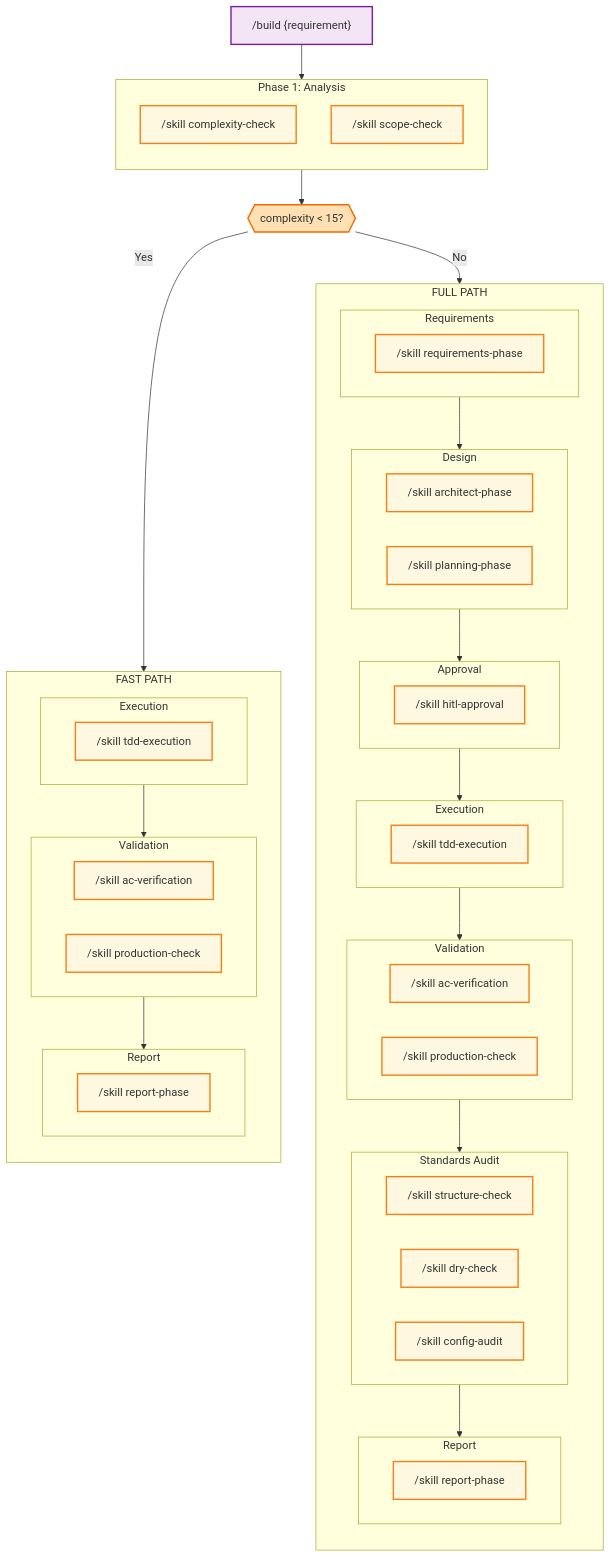
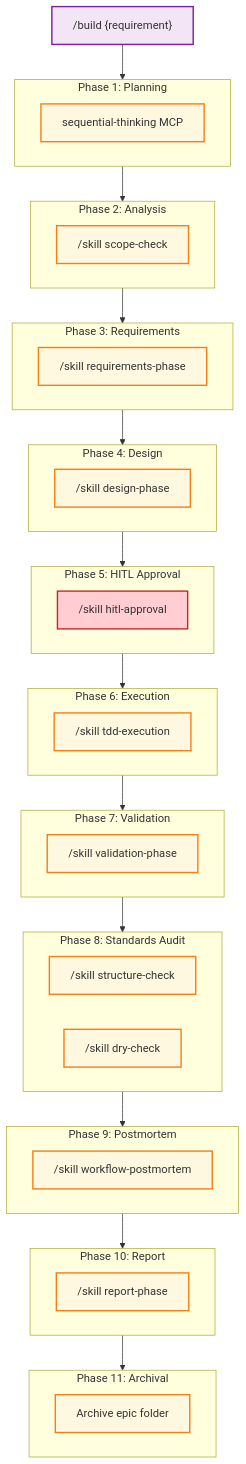
The first of 9 diagrams in docs/architecture/build-command-target-state.md (metasaver/metasaver-marketplace), drawn with Mermaid before and after one commit. The commit also changed other lines of this file and 21 other files, not shown here.

First line of the commit message:
feat: Refactor user story and execution plan structure

````diff
--- a/docs/architecture/build-command-target-state.md
+++ b/docs/architecture/build-command-target-state.md
@@ -13,66 +13,56 @@
 ```mermaid
 flowchart TB
     classDef phase fill:#bbdefb,stroke:#1565c0,stroke-width:2px
     classDef skill fill:#fff8e1,stroke:#f57f17,stroke-width:2px
     classDef entry fill:#f3e5f5,stroke:#7b1fa2,stroke-width:2px
-    classDef decision fill:#ffe0b2,stroke:#ef6c00,stroke-width:2px
+    classDef hitl fill:#ffcdd2,stroke:#c62828,stroke-width:2px
 
     ENTRY["/build {requirement}"]:::entry
 
-    subgraph P1["Phase 1: Analysis"]
-        direction TB
-        CC["/skill complexity-check"]:::skill
+    subgraph P1["Phase 1: Planning"]
+        SEQ["sequential-thinking MCP"]:::skill
+    end
+
+    subgraph P2["Phase 2: Analysis"]
         SC["/skill scope-check"]:::skill
     end
 
-    DECIDE{{"complexity < 15?"}}:::decision
-
-    subgraph FAST["FAST PATH"]
-        direction TB
-        subgraph P5F["Execution"]
-            TDDF["/skill tdd-execution"]:::skill
-        end
-        subgraph P6F["Validation"]
-            ACVF["/skill ac-verification"]:::skill
-            PRDF["/skill production-check"]:::skill
-        end
-        subgraph P8F["Report"]
-            RPTF["/skill report-phase"]:::skill
-        end
-        P5F --> P6F --> P8F
+    subgraph P3["Phase 3: Requirements"]
+        REQ["/skill requirements-phase"]:::skill
     end
 
-    subgraph FULL["FULL PATH"]
-        direction TB
-        subgraph P2["Requirements"]
-            REQ["/skill requirements-phase"]:::skill
-        end
-        subgraph P3["Design"]
-            ARCH["/skill architect-phase"]:::skill
-            PLAN["/skill planning-phase"]:::skill
-        end
-        subgraph P4["Approval"]
-            HITL["/skill hitl-approval"]:::skill
-        end
-        subgraph P5["Execution"]
-            TDD["/skill tdd-execution"]:::skill
-        end
-        subgraph P6["Validation"]
-            ACV["/skill ac-verification"]:::skill
-            PRD["/skill production-check"]:::skill
-        end
-        subgraph P7["Standards Audit"]
-            STRUCT["/skill structure-check"]:::skill
-            DRY["/skill dry-check"]:::skill
-            CFG["/skill config-audit"]:::skill
-        end
-        subgraph P8["Report"]
-            RPT["/skill report-phase"]:::skill
-        end
-        P2 --> P3 --> P4 --> P5 --> P6 --> P7 --> P8
+    subgraph P4["Phase 4: Design"]
+        DES["/skill design-phase"]:::skill
     end
 
-    ENTRY --> P1 --> DECIDE
-    DECIDE -->|Yes| FAST
-    DECIDE -->|No| FULL
+    subgraph P5["Phase 5: HITL Approval"]
+        HITL["/skill hitl-approval"]:::hitl
+    end
+
+    subgraph P6["Phase 6: Execution"]
+        TDD["/skill tdd-execution"]:::skill
+    end
+
+    subgraph P7["Phase 7: Validation"]
+        VAL["/skill validation-phase"]:::skill
+    end
+
+    subgraph P8["Phase 8: Standards Audit"]
+        STRUCT["/skill structure-check"]:::skill
+        DRY["/skill dry-check"]:::skill
+    end
+
+    subgraph P9["Phase 9: Postmortem"]
+        POST["/skill workflow-postmortem"]:::skill
+    end
+
+    subgraph P10["Phase 10: Report"]
+        RPT["/skill report-phase"]:::skill
+    end
+
+    subgraph P11["Phase 11: Archival"]
+        ARCH["Archive epic folder"]:::skill
+    end
+
+    ENTRY --> P1 --> P2 --> P3 --> P4 --> P5 --> P6 --> P7 --> P8 --> P9 --> P10 --> P11
 ```
````
